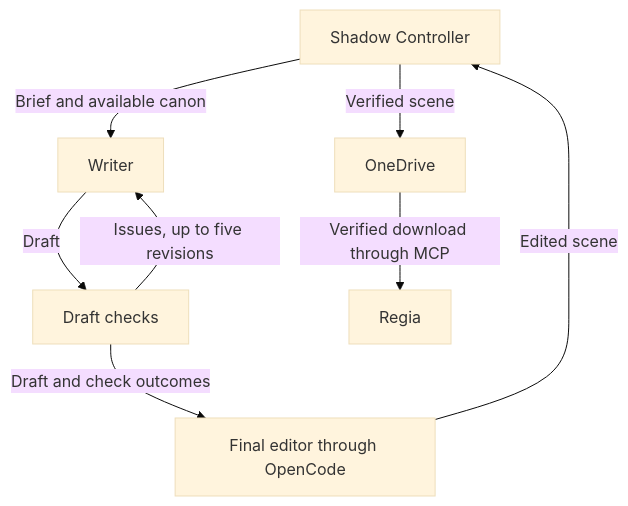
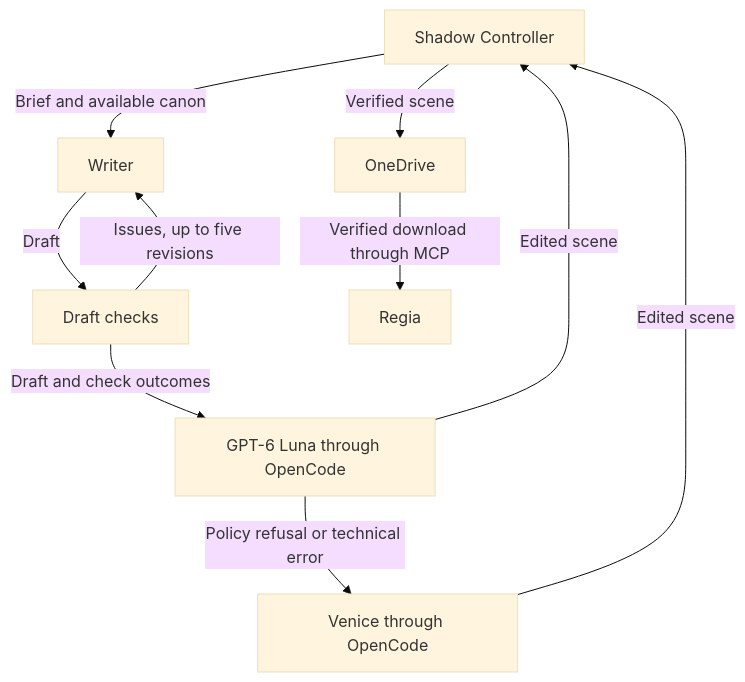
One commit to DRincs-Productions/LM-Studio changed the third of 11 diagrams in README.md. Above: the diagram before and after it, drawn with Mermaid (base theme). The commit also changed other lines of this file and 7 other files, not shown here.

````diff
--- a/README.md
+++ b/README.md
@@ -97,10 +97,12 @@
 ```mermaid
 flowchart TD
     C[Shadow Controller] -->|Brief and available canon| W[Writer]
     W -->|Draft| V[Draft checks]
     V -->|Issues, up to five revisions| W
-    V -->|Draft and check outcomes| E[Final editor through OpenCode]
+    V -->|Draft and check outcomes| E[GPT-6 Luna through OpenCode]
+    E -->|Policy refusal or technical error| F[Venice through OpenCode]
     E -->|Edited scene| C
+    F -->|Edited scene| C
     C -->|Verified scene| O[OneDrive]
     O -->|Verified download through MCP| R[Regia]
 ```
````
